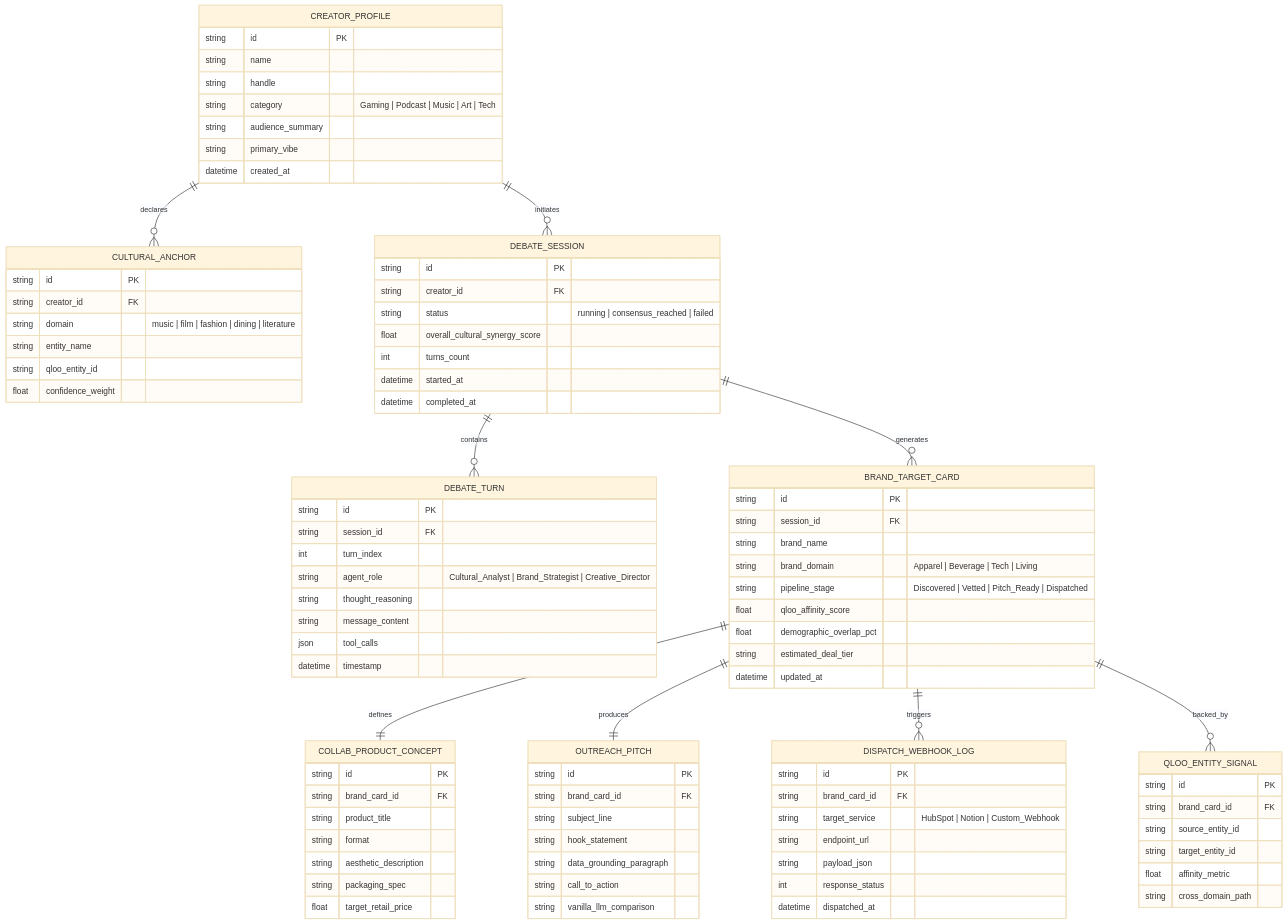
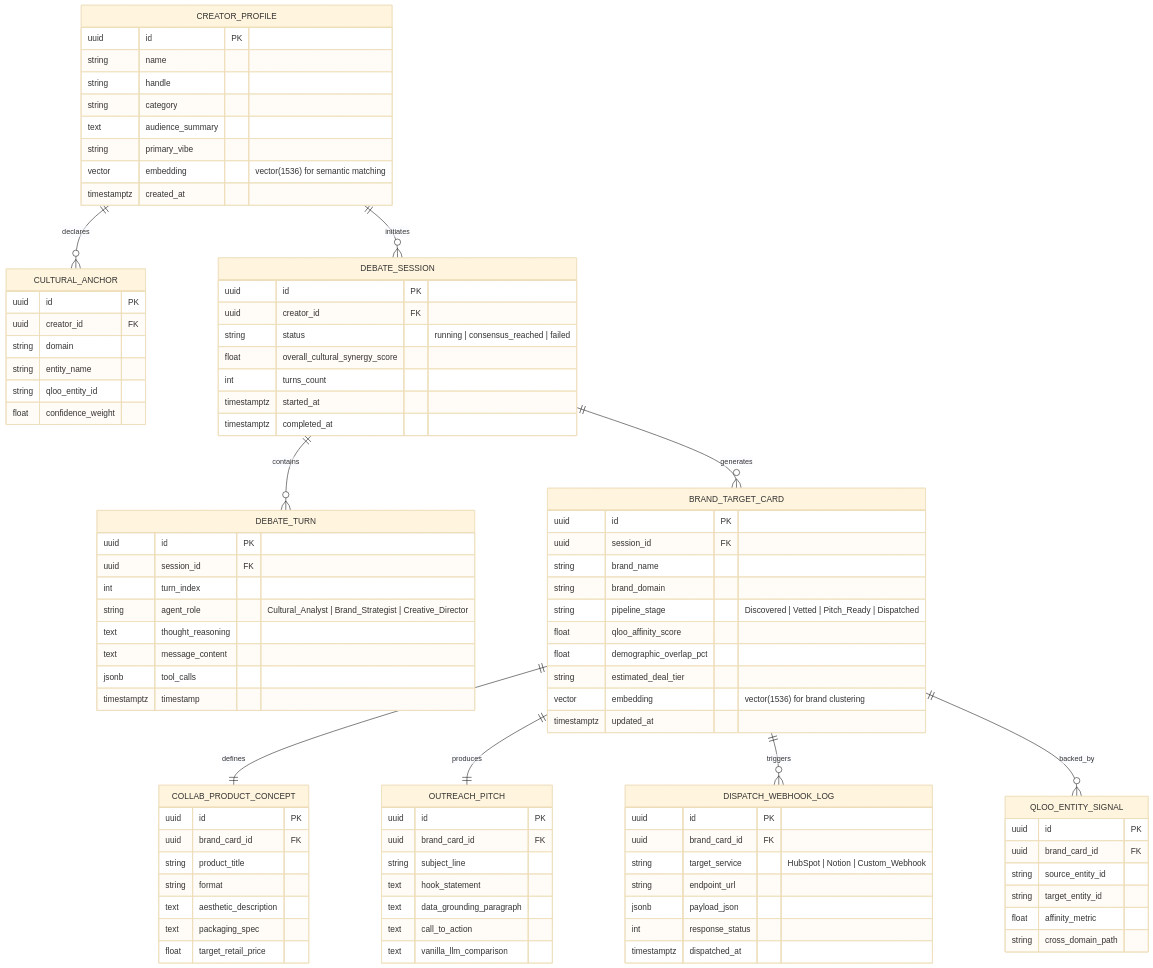
One commit to masbroustudio/VenturePulse changed the diagram in docs/ERD.md. Above: the diagram before and after it, drawn with Mermaid (base theme). The commit also changed other lines of this file and 4 other files, not shown here.

```diff
--- a/docs/ERD.md
+++ b/docs/ERD.md
@@ -17,90 +17,92 @@
     BRAND_TARGET_CARD ||--o{ QLOO_ENTITY_SIGNAL : "backed_by"
 
     CREATOR_PROFILE {
-        string id PK
+        uuid id PK
         string name
         string handle
-        string category "Gaming | Podcast | Music | Art | Tech"
-        string audience_summary
+        string category
+        text audience_summary
         string primary_vibe
-        datetime created_at
+        vector embedding "vector(1536) for semantic matching"
+        timestamptz created_at
     }
 
     CULTURAL_ANCHOR {
-        string id PK
-        string creator_id FK
-        string domain "music | film | fashion | dining | literature"
+        uuid id PK
+        uuid creator_id FK
+        string domain
         string entity_name
         string qloo_entity_id
         float confidence_weight
     }
 
     DEBATE_SESSION {
-        string id PK
-        string creator_id FK
+        uuid id PK
+        uuid creator_id FK
         string status "running | consensus_reached | failed"
         float overall_cultural_synergy_score
         int turns_count
-        datetime started_at
-        datetime completed_at
+        timestamptz started_at
+        timestamptz completed_at
     }
 
     DEBATE_TURN {
-        string id PK
-        string session_id FK
+        uuid id PK
+        uuid session_id FK
         int turn_index
         string agent_role "Cultural_Analyst | Brand_Strategist | Creative_Director"
-        string thought_reasoning
-        string message_content
-        json tool_calls
-        datetime timestamp
+        text thought_reasoning
+        text message_content
+        jsonb tool_calls
+        timestamptz timestamp
     }
 
     BRAND_TARGET_CARD {
-        string id PK
-        string session_id FK
+        uuid id PK
+        uuid session_id FK
         string brand_name
-        string brand_domain "Apparel | Beverage | Tech | Living"
+        string brand_domain
         string pipeline_stage "Discovered | Vetted | Pitch_Ready | Dispatched"
         float qloo_affinity_score
         float demographic_overlap_pct
         string estimated_deal_tier
-        datetime updated_at
+        vector embedding "vector(1536) for brand clustering"
+        timestamptz updated_at
     }
 
     COLLAB_PRODUCT_CONCEPT {
-        string id PK
-        string brand_card_id FK
+        uuid id PK
+        uuid brand_card_id FK
         string product_title
         string format
-        string aesthetic_description
-        string packaging_spec
+        text aesthetic_description
+        text packaging_spec
         float target_retail_price
     }
 
     OUTREACH_PITCH {
-        string id PK
-        string brand_card_id FK
+        uuid id PK
+        uuid brand_card_id FK
         string subject_line
-        string hook_statement
-        string data_grounding_paragraph
-        string call_to_action
-        string vanilla_llm_comparison
+        text hook_statement
+        text data_grounding_paragraph
+        text call_to_action
+        text vanilla_llm_comparison
     }
 
     DISPATCH_WEBHOOK_LOG {
-        string id PK
-        string brand_card_id FK
+        uuid id PK
+        uuid brand_card_id FK
         string target_service "HubSpot | Notion | Custom_Webhook"
         string endpoint_url
-        string payload_json
+        jsonb payload_json
         int response_status
-        datetime dispatched_at
+        timestamptz dispatched_at
     }
 
     QLOO_ENTITY_SIGNAL {
-        string id PK
-        string brand_card_id FK
+        uuid id PK
+        uuid brand_card_id FK
         string source_entity_id
         string target_entity_id
         float affinity_metric
```
